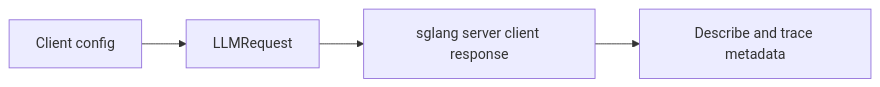
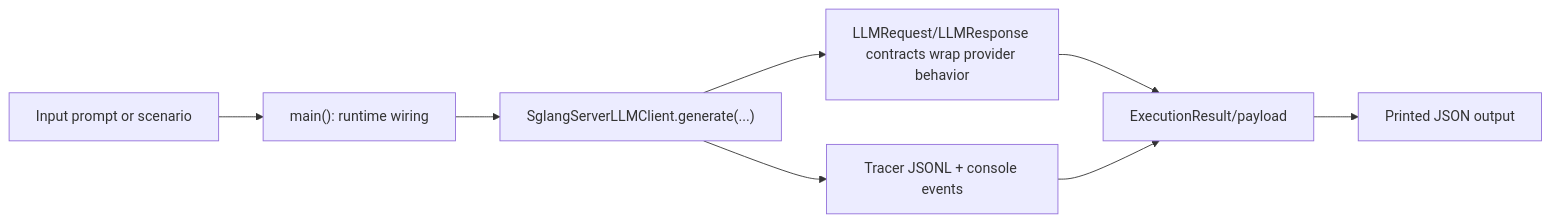
One commit to cmudrc/design-research-agents changed the diagram in docs/examples/clients/sglang_server_client.rst. Above: the diagram before and after it, drawn with Mermaid. The commit also changed other lines of this file and 83 other files, not shown here.

```diff
--- a/docs/examples/clients/sglang_server_client.rst
+++ b/docs/examples/clients/sglang_server_client.rst
@@ -21,6 +22,10 @@
 .. mermaid::
 
    flowchart LR
-       A["Client config"] --> B["LLMRequest"]
-       B --> C["sglang server client response"]
-       C --> D["Describe and trace metadata"]
+       A["Input prompt or scenario"] --> B["main(): runtime wiring"]
+       B --> C["SglangServerLLMClient.generate(...)"]
+       C --> D["LLMRequest/LLMResponse contracts wrap provider behavior"]
+       C --> E["Tracer JSONL + console events"]
+       D --> F["ExecutionResult/payload"]
+       E --> F
+       F --> G["Printed JSON output"]
```
